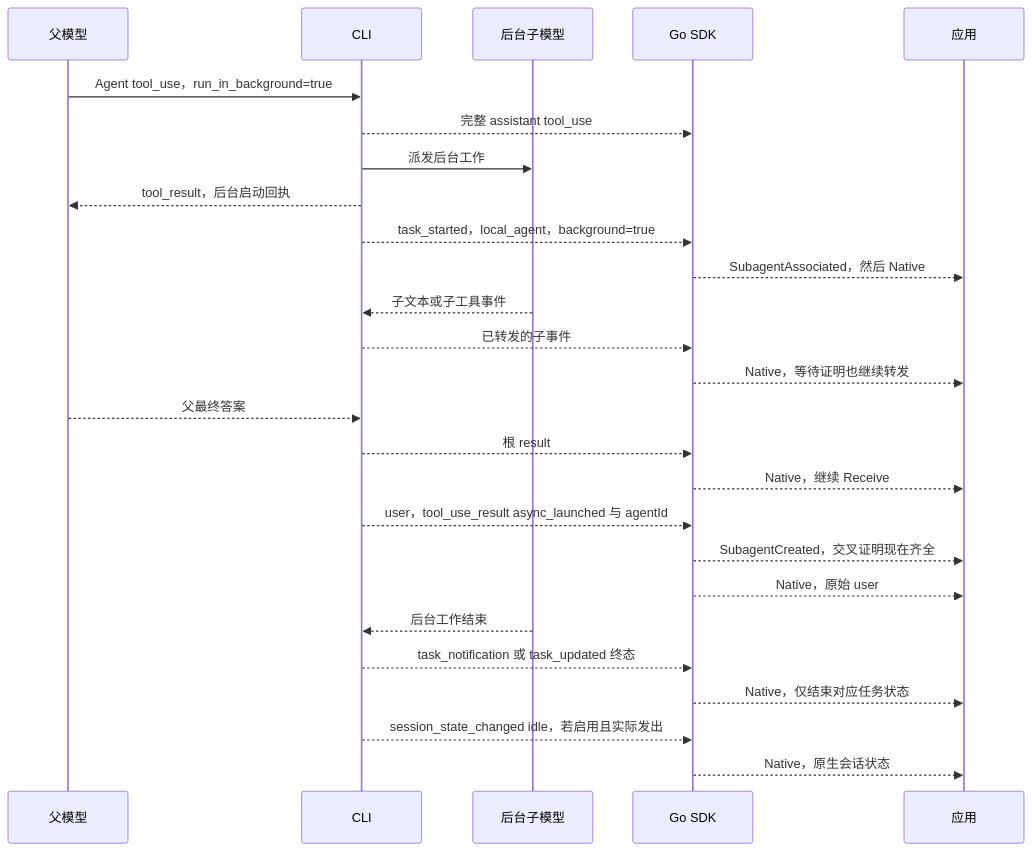
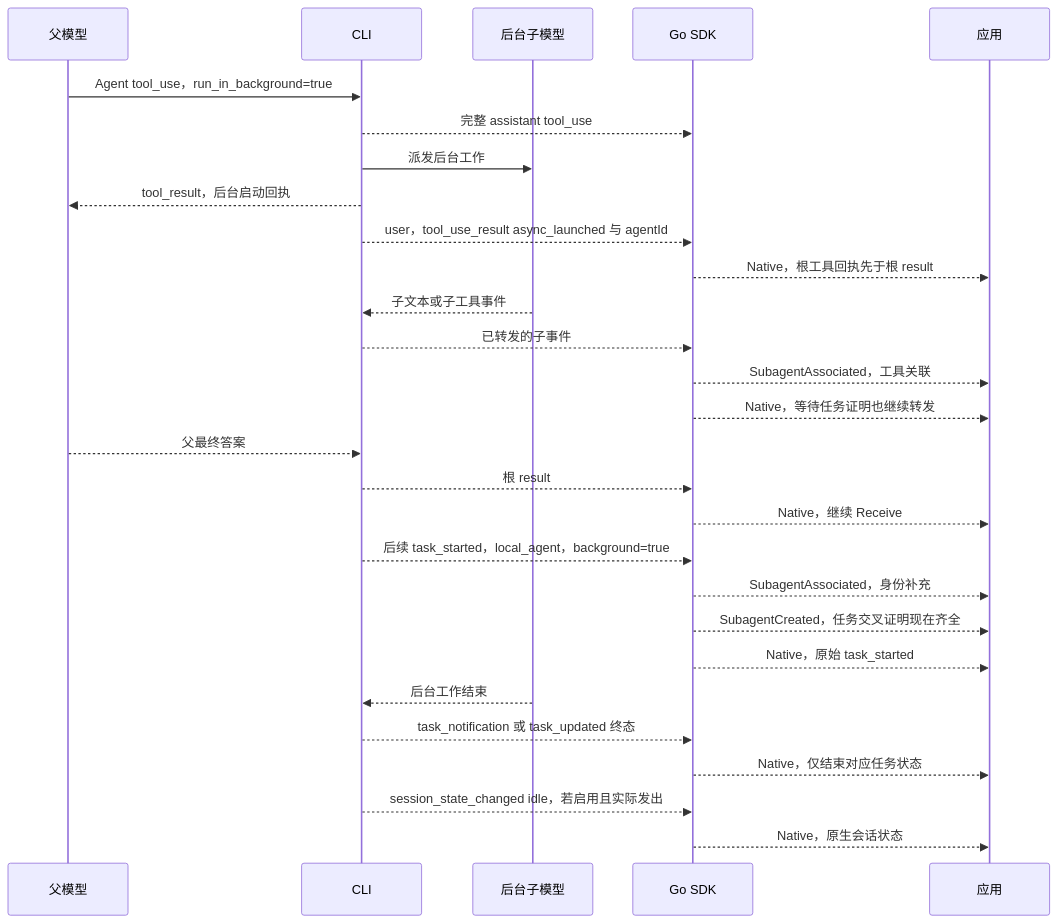
Before and after one commit to zoumo/agent-sdk-go: the second of 3 diagrams in docs/event-sequences.md, drawn with Mermaid. The commit also changed other lines of this file and 7 other files, not shown here.

Commit message:
docs: correct same-turn tool receipt and result ordering

````diff
--- a/docs/event-sequences.md
+++ b/docs/event-sequences.md
@@ -71,28 +77,30 @@
 ```mermaid
 sequenceDiagram
     participant P as 父模型
     participant C as CLI
     participant S as 后台子模型
     participant G as Go SDK
     participant A as 应用
     P->>C: Agent tool_use，run_in_background=true
     C-->>G: 完整 assistant tool_use
     C->>S: 派发后台工作
     C-->>P: tool_result，后台启动回执
-    C-->>G: task_started，local_agent，background=true
-    G-->>A: SubagentAssociated，然后 Native
+    C-->>G: user，tool_use_result async_launched 与 agentId
+    G-->>A: Native，根工具回执先于根 result
     S-->>C: 子文本或子工具事件
     C-->>G: 已转发的子事件
-    G-->>A: Native，等待证明也继续转发
+    G-->>A: SubagentAssociated，工具关联
+    G-->>A: Native，等待任务证明也继续转发
     P-->>C: 父最终答案
     C-->>G: 根 result
     G-->>A: Native，继续 Receive
-    C-->>G: user，tool_use_result async_launched 与 agentId
-    G-->>A: SubagentCreated，交叉证明现在齐全
-    G-->>A: Native，原始 user
+    C-->>G: 后续 task_started，local_agent，background=true
+    G-->>A: SubagentAssociated，身份补充
+    G-->>A: SubagentCreated，任务交叉证明现在齐全
+    G-->>A: Native，原始 task_started
     S-->>C: 后台工作结束
     C-->>G: task_notification 或 task_updated 终态
     G-->>A: Native，仅结束对应任务状态
     C-->>G: session_state_changed idle，若启用且实际发出
     G-->>A: Native，原生会话状态
 ```
````
